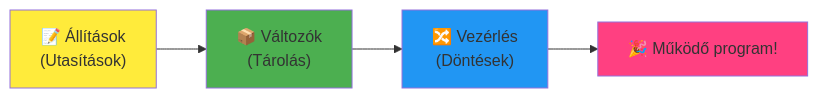
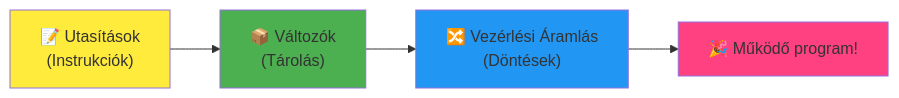
Before and after one commit to microsoft/Web-Dev-For-Beginners: the fourth of 7 diagrams in translations/hu/1-getting-started-lessons/1-intro-to-programming-languages/README.md, drawn with Mermaid. The commit also changed other lines of this file and 11 other files, not shown here.

````diff
--- a/translations/hu/1-getting-started-lessons/1-intro-to-programming-languages/README.md
+++ b/translations/hu/1-getting-started-lessons/1-intro-to-programming-languages/README.md
@@ -466,9 +467,9 @@
 ```mermaid
 flowchart LR
-    A["📝 Állítások<br/>(Utasítások)"] --> B["📦 Változók<br/>(Tárolás)"] --> C["🔀 Vezérlés<br/>(Döntések)"] --> D["🎉 Működő program!"]
+    A["📝 Utasítások<br/>(Instrukciók)"] --> B["📦 Változók<br/>(Tárolás)"] --> C["🔀 Vezérlési Áramlás<br/>(Döntések)"] --> D["🎉 Működő program!"]
     
     style A fill:#ffeb3b
     style B fill:#4caf50
     style C fill:#2196f3
     style D fill:#ff4081
 ```
````
